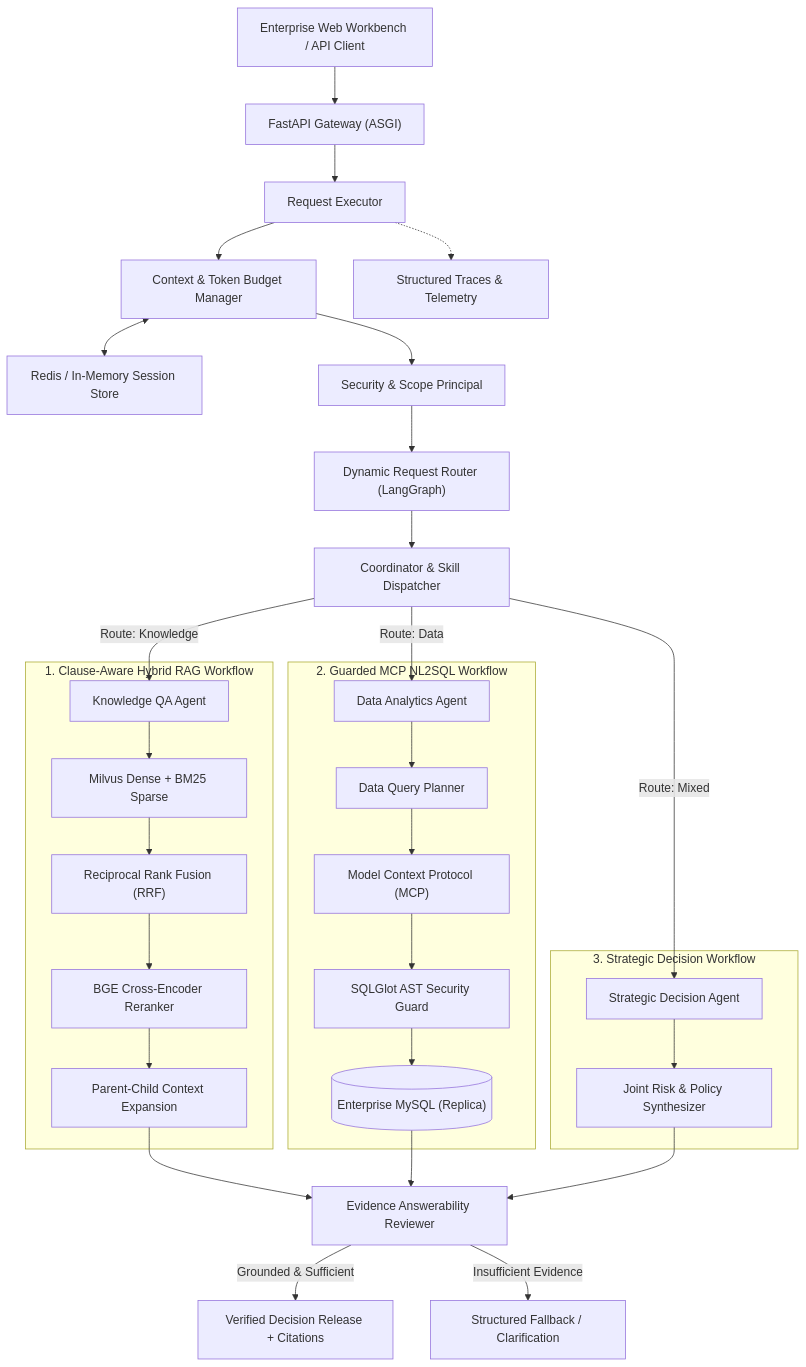
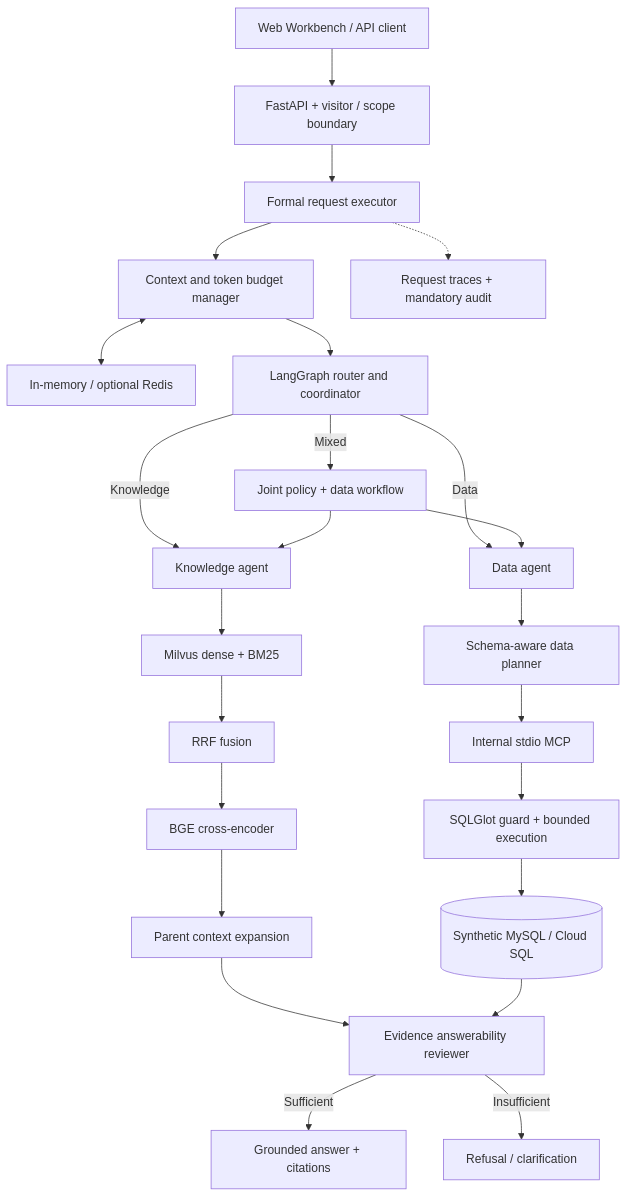
Before and after one commit to Akgithub2028/NexusAgent-Enterprise-Autonomous-Multi-Agent-Decision-Intelligence-Platform: the first of 2 diagrams in README.md, drawn with Mermaid. The commit also changed other lines of this file and 34 other files, not shown here.

````diff
--- a/README.md
+++ b/README.md
@@ -62,40 +74,26 @@
 ```mermaid
 flowchart TD
-    U["Enterprise Web Workbench / API Client"] --> API["FastAPI Gateway (ASGI)"]
-    API --> EX["Request Executor"]
-    EX --> CM["Context & Token Budget Manager"]
-    CM <--> MEM["Redis / In-Memory Session Store"]
-    CM --> SEC["Security & Scope Principal"]
-    SEC --> R["Dynamic Request Router (LangGraph)"]
-    R --> C["Coordinator & Skill Dispatcher"]
-
-    subgraph HybridRAG["1. Clause-Aware Hybrid RAG Workflow"]
-        K["Knowledge QA Agent"] --> RAG["Milvus Dense + BM25 Sparse"]
-        RAG --> RRF["Reciprocal Rank Fusion (RRF)"]
-        RRF --> RERANK["BGE Cross-Encoder Reranker"]
-        RERANK --> PARENT["Parent-Child Context Expansion"]
-    end
-
-    subgraph MCPPipeline["2. Guarded MCP NL2SQL Workflow"]
-        D["Data Analytics Agent"] --> DPLAN["Data Query Planner"]
-        DPLAN --> MCP["Model Context Protocol (MCP)"]
-        MCP --> SQLG["SQLGlot AST Security Guard"]
-        SQLG --> MYSQL[("Enterprise MySQL (Replica)")]
-    end
-
-    subgraph JointSynth["3. Strategic Decision Workflow"]
-        M["Strategic Decision Agent"] --> SYN["Joint Risk & Policy Synthesizer"]
-    end
-
-    C -->|Route: Knowledge| K
-    C -->|Route: Data| D
-    C -->|Route: Mixed| M
-
-    PARENT --> REV["Evidence Answerability Reviewer"]
-    MYSQL --> REV
-    SYN --> REV
-
-    REV -->|Grounded & Sufficient| OUT["Verified Decision Release + Citations"]
-    REV -->|Insufficient Evidence| CLAR["Structured Fallback / Clarification"]
-    EX -.-> TRACE["Structured Traces & Telemetry"]
+    UI[Web Workbench / API client] --> API[FastAPI + visitor / scope boundary]
+    API --> EX[Formal request executor]
+    EX --> CM[Context and token budget manager]
+    CM <--> MEM[In-memory / optional Redis]
+    CM --> R[LangGraph router and coordinator]
+    R -->|Knowledge| K[Knowledge agent]
+    R -->|Data| D[Data agent]
+    R -->|Mixed| M[Joint policy + data workflow]
+    M --> K
+    M --> D
+    K --> HY[Milvus dense + BM25]
+    HY --> RRF[RRF fusion]
+    RRF --> CE[BGE cross-encoder]
+    CE --> P[Parent context expansion]
+    D --> PLAN[Schema-aware data planner]
+    PLAN --> MCP[Internal stdio MCP]
+    MCP --> SQL[SQLGlot guard + bounded execution]
+    SQL --> DB[(Synthetic MySQL / Cloud SQL)]
+    P --> REV[Evidence answerability reviewer]
+    DB --> REV
+    REV -->|Sufficient| OUT[Grounded answer + citations]
+    REV -->|Insufficient| STOP[Refusal / clarification]
+    EX -.-> OBS[Request traces + mandatory audit]
 ```
````
